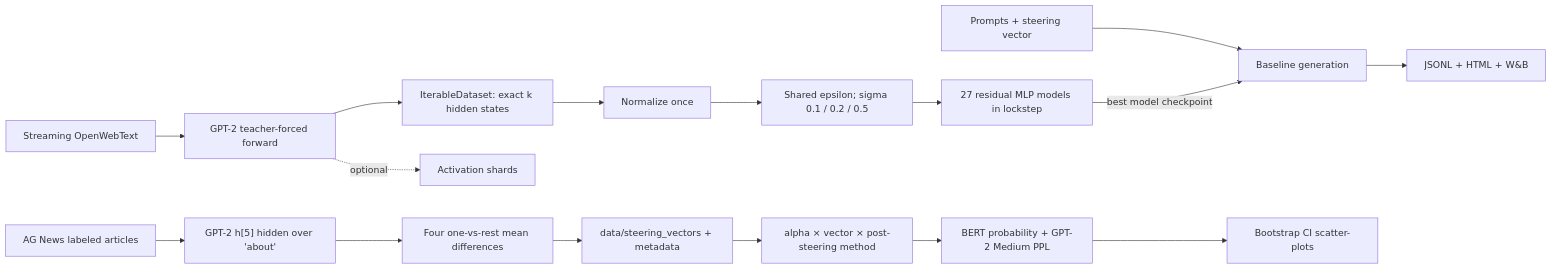
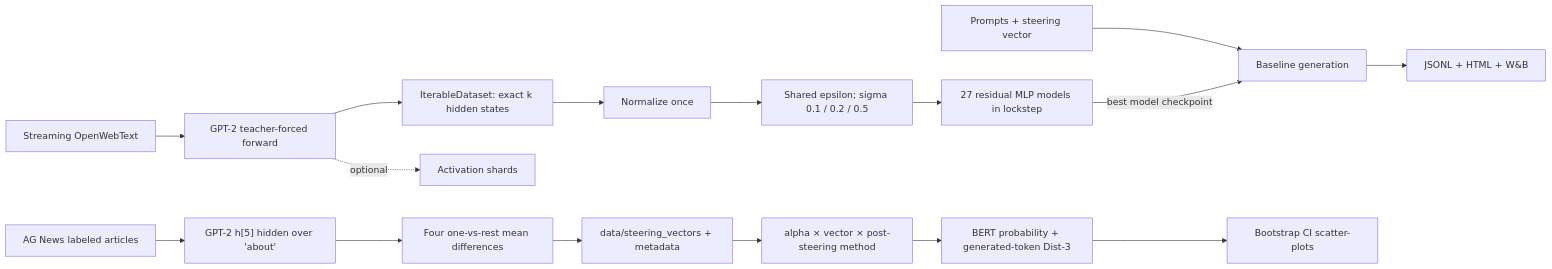
Before and after one commit to MichaelNotDeveloper/steering-recovery: the diagram in docs/architecture.md, drawn with Mermaid. The commit also changed 10 other files, not shown here.

````diff
--- a/docs/architecture.md
+++ b/docs/architecture.md
@@ -50,18 +50,18 @@
 ```mermaid
 flowchart LR
     A["Streaming OpenWebText"] --> B["GPT-2 teacher-forced forward"]
     B --> C["IterableDataset: exact k hidden states"]
     C --> D["Normalize once"]
     D --> E["Shared epsilon; sigma 0.1 / 0.2 / 0.5"]
     E --> J["27 residual MLP models in lockstep"]
     B -. "optional" .-> I["Activation shards"]
     F["Prompts + steering vector"] --> G["Baseline generation"]
     J -->|"best model checkpoint"| G
     G --> H["JSONL + HTML + W&B"]
     K["AG News labeled articles"] --> L["GPT-2 h[5] hidden over 'about'"]
     L --> M["Four one-vs-rest mean differences"]
     M --> N["data/steering_vectors + metadata"]
     N --> O["alpha × vector × post-steering method"]
-    O --> P["BERT probability + GPT-2 Medium PPL"]
+    O --> P["BERT probability + generated-token Dist-3"]
     P --> Q["Bootstrap CI scatter-plots"]
 ```
````
